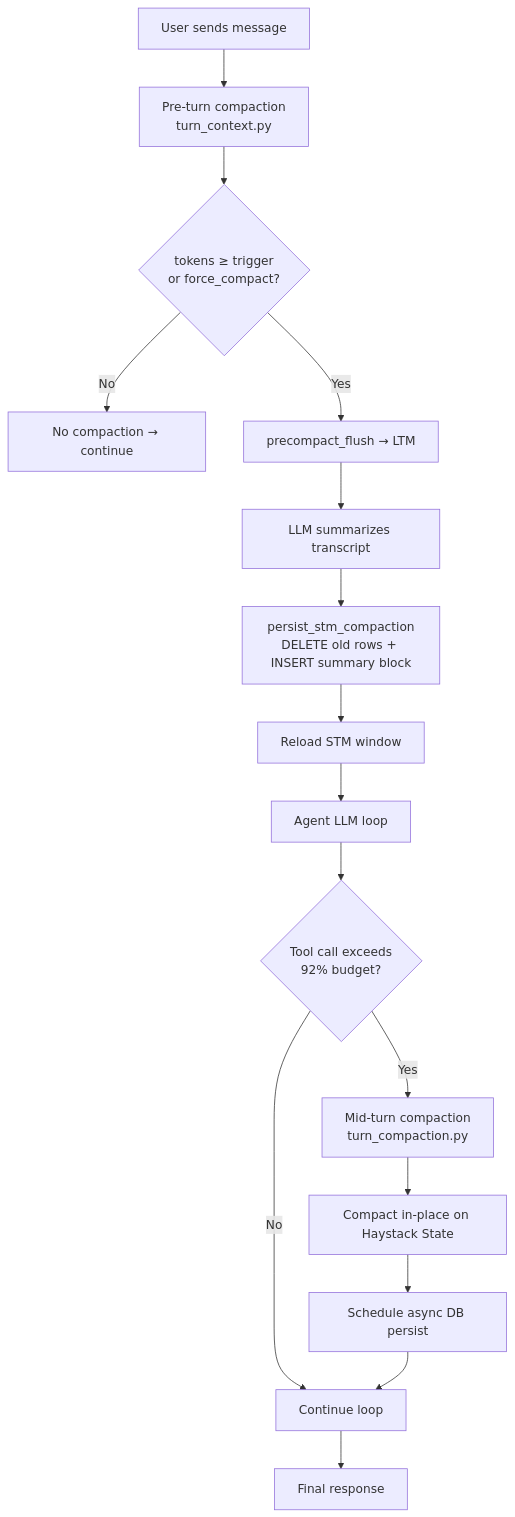
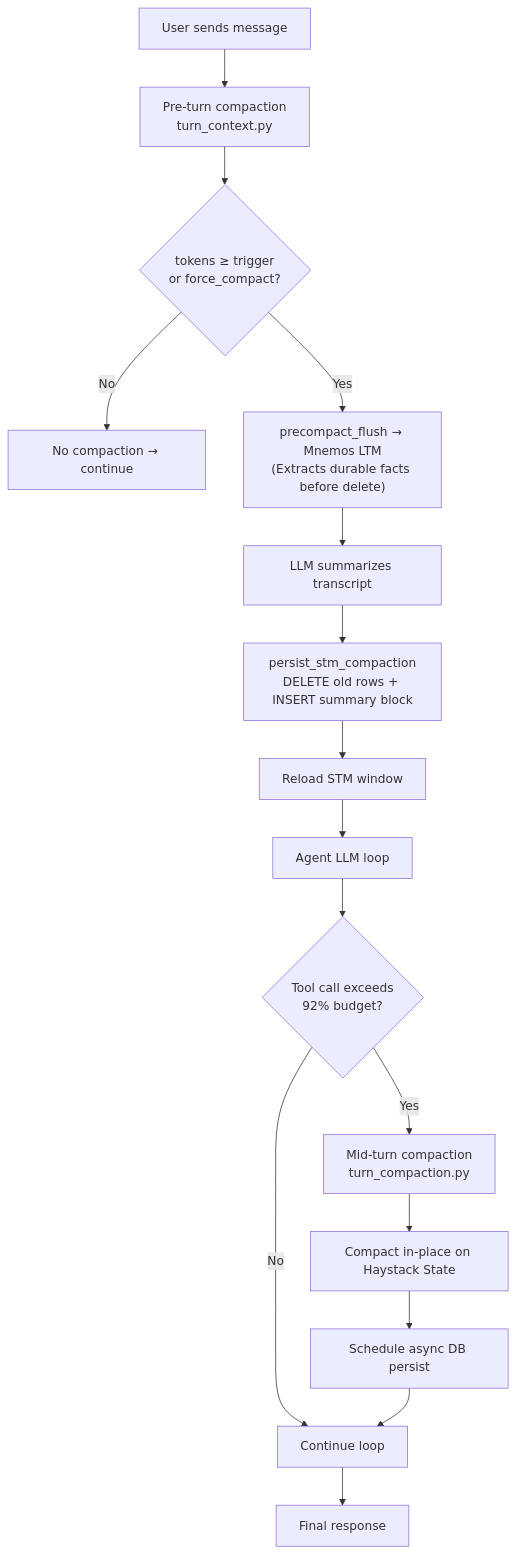
One commit to AION-by-ASA-Computer/AION_Agent changed the diagram in docs/memory/context-compaction.md. Above: the diagram before and after it, drawn with Mermaid. The commit also changed other lines of this file and 24 other files, not shown here.

````diff
--- a/docs/memory/context-compaction.md
+++ b/docs/memory/context-compaction.md
@@ -17,18 +17,18 @@
 ```mermaid
 flowchart TD
-    A[User sends message] --> B[Pre-turn compaction\nturn_context.py]
-    B --> C{"tokens ≥ trigger\nor force_compact?"}
+    A[User sends message] --> B["Pre-turn compaction<br/>turn_context.py"]
+    B --> C{"tokens ≥ trigger<br/>or force_compact?"}
     C -->|No| D[No compaction → continue]
-    C -->|Yes| E[precompact_flush → LTM]
+    C -->|Yes| E["precompact_flush → Mnemos LTM<br/>(Extracts durable facts before delete)"]
     E --> F[LLM summarizes transcript]
-    F --> G["persist_stm_compaction\nDELETE old rows + INSERT summary block"]
+    F --> G["persist_stm_compaction<br/>DELETE old rows + INSERT summary block"]
     G --> H[Reload STM window]
     H --> I[Agent LLM loop]
-    I --> J{"Tool call exceeds\n92% budget?"}
+    I --> J{"Tool call exceeds<br/>92% budget?"}
     J -->|No| K[Continue loop]
-    J -->|Yes| L[Mid-turn compaction\nturn_compaction.py]
+    J -->|Yes| L["Mid-turn compaction<br/>turn_compaction.py"]
     L --> M[Compact in-place on Haystack State]
     M --> N[Schedule async DB persist]
     N --> K
     K --> O[Final response]
 ```
````
